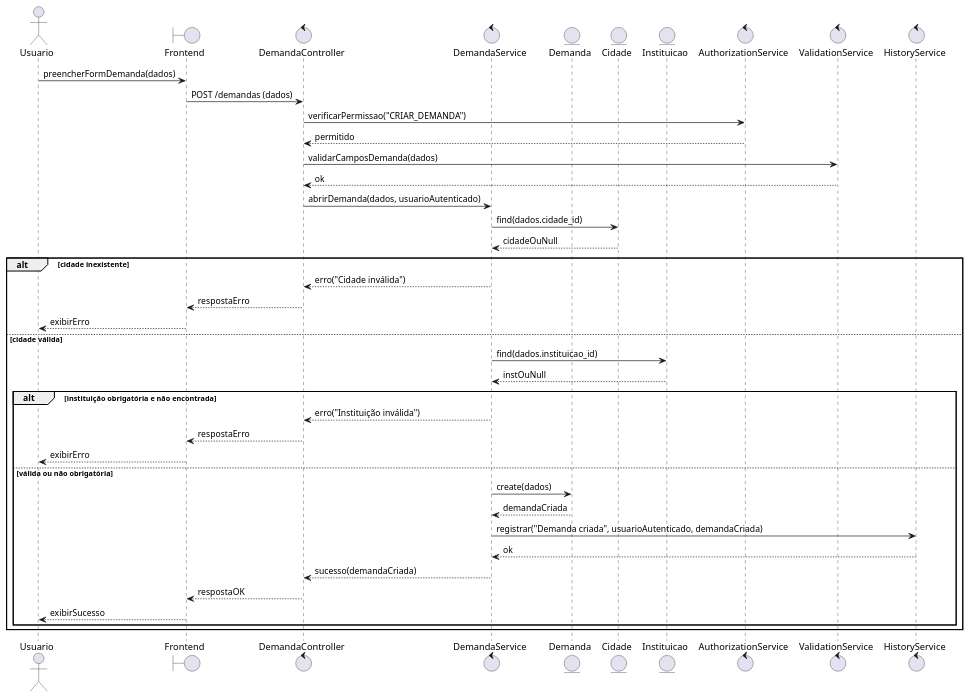
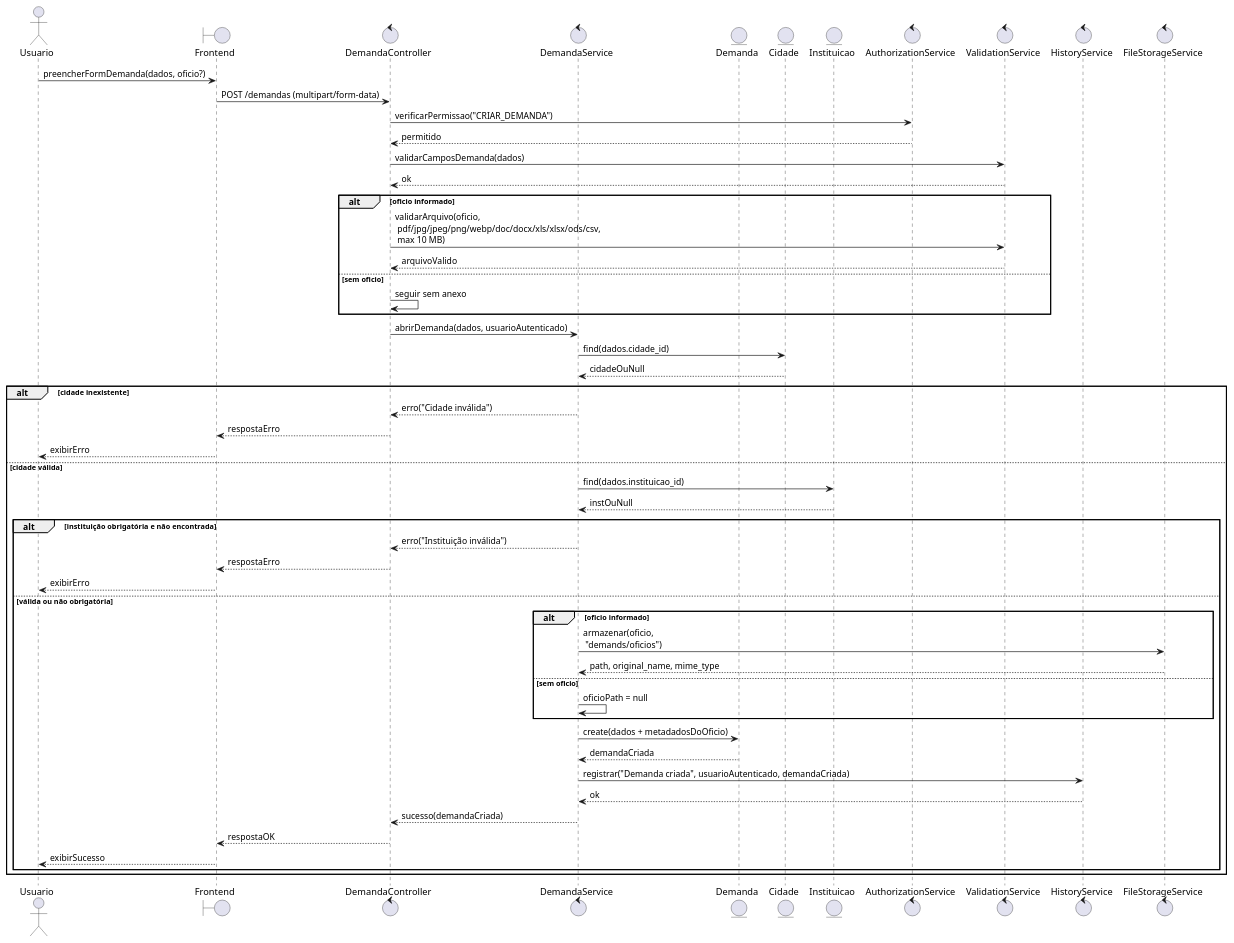
Before and after one commit to ICEI-PUC-Minas-PPLES-TI/plf-es-2025-2-tcci-0393100-dev-bernardo-biondini: the diagram in Artefatos/Sequencia/abr_dem.puml, drawn with PlantUML. The commit also changed 96 other files, not shown here.

Commit message:
Remoção de casos de uso e diagramas desnecessários e adaptações dos diagramas ao contexo atual do projeto

```diff
--- a/Artefatos/Sequencia/abr_dem.puml
+++ b/Artefatos/Sequencia/abr_dem.puml
@@ -1,56 +1,71 @@
 @startuml
 actor Usuario
 
 boundary Frontend as FE
 control DemandaController as C
 control DemandaService as S
 entity Demanda as M
 entity Cidade as City
 entity Instituicao as Inst
 control AuthorizationService as AuthZ
 control ValidationService as Val
 control HistoryService as Hist
+control FileStorageService as FS
 
-Usuario -> FE : preencherFormDemanda(dados)
-FE -> C : POST /demandas (dados)
+Usuario -> FE : preencherFormDemanda(dados, oficio?)
+FE -> C : POST /demandas (multipart/form-data)
 
 C -> AuthZ : verificarPermissao("CRIAR_DEMANDA")
 AuthZ --> C : permitido
 
 C -> Val : validarCamposDemanda(dados)
 Val --> C : ok
+
+alt oficio informado
+    C -> Val : validarArquivo(oficio,\n pdf/jpg/jpeg/png/webp/doc/docx/xls/xlsx/ods/csv,\n max 10 MB)
+    Val --> C : arquivoValido
+else sem oficio
+    C -> C : seguir sem anexo
+end
 
 C -> S : abrirDemanda(dados, usuarioAutenticado)
 
 ' --- Validação de cidade ---
 S -> City : find(dados.cidade_id)
 City --> S : cidadeOuNull
 
 alt cidade inexistente
     S --> C : erro("Cidade inválida")
     C --> FE : respostaErro
     FE --> Usuario : exibirErro
 else cidade válida
     ' --- Validação da instituição (opcional) ---
     S -> Inst : find(dados.instituicao_id)
     Inst --> S : instOuNull
 
     alt instituição obrigatória e não encontrada
         S --> C : erro("Instituição inválida")
         C --> FE : respostaErro
         FE --> Usuario : exibirErro
     else válida ou não obrigatória
+        alt oficio informado
+            S -> FS : armazenar(oficio,\n "demands/oficios")
+            FS --> S : path, original_name, mime_type
+        else sem oficio
+            S -> S : oficioPath = null
+        end
+
         ' --- Criação da demanda ---
-        S -> M : create(dados)
+        S -> M : create(dados + metadadosDoOficio)
         M --> S : demandaCriada
 
         ' --- Histórico ---
         S -> Hist : registrar("Demanda criada", usuarioAutenticado, demandaCriada)
         Hist --> S : ok
 
         S --> C : sucesso(demandaCriada)
         C --> FE : respostaOK
         FE --> Usuario : exibirSucesso
     end
 end
 @enduml
```
